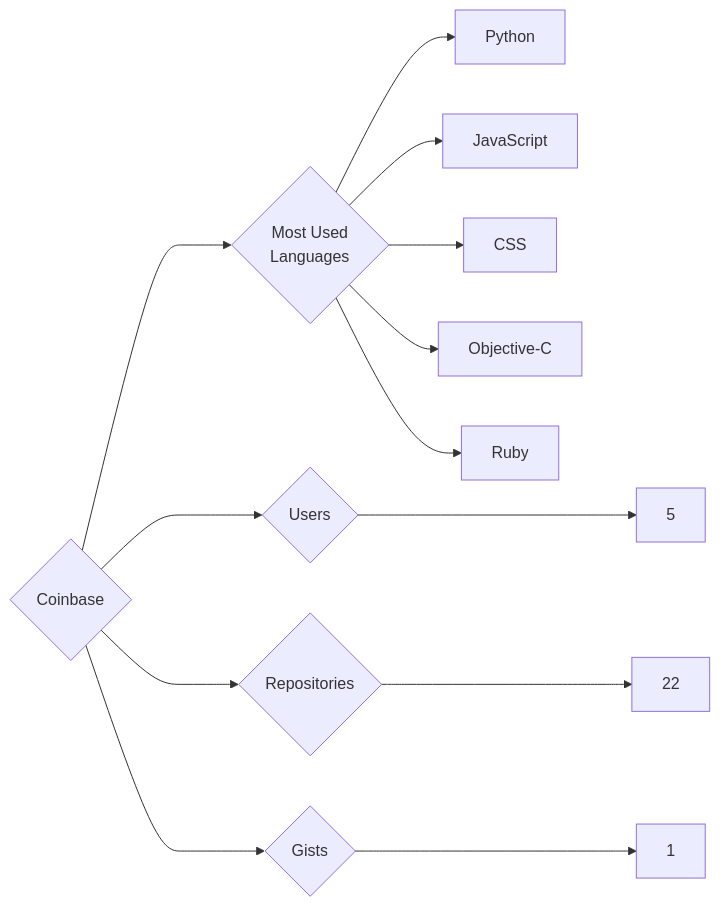
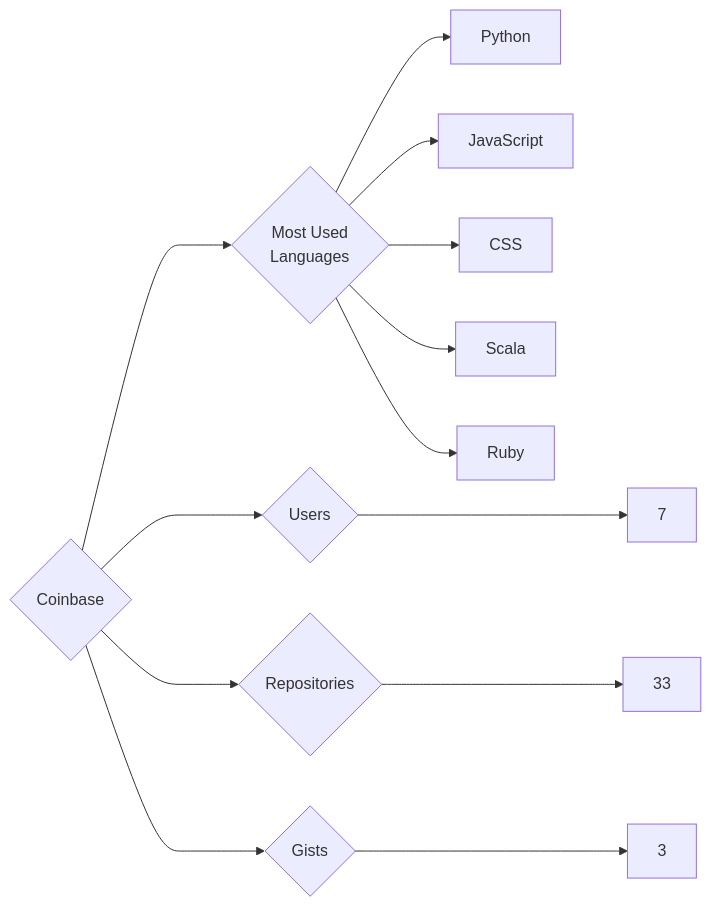
Before and after one commit to trickest/insiders: the diagram in targets/Coinbase/README.md, drawn with Mermaid. The commit also changed 1084 other files, not shown here.

````diff
--- a/targets/Coinbase/README.md
+++ b/targets/Coinbase/README.md
@@ -3,13 +3,13 @@
 ```mermaid
 graph LR
 COMPANY_NAME{Coinbase}
-COMPANY_NAME ---> U{Users} ---> UN[5]
-COMPANY_NAME ---> R{Repositories} ---> RN[22]
-COMPANY_NAME ---> G{Gists} ---> GN[1]
+COMPANY_NAME ---> U{Users} ---> UN[7]
+COMPANY_NAME ---> R{Repositories} ---> RN[33]
+COMPANY_NAME ---> G{Gists} ---> GN[3]
 COMPANY_NAME ---> ML{Most Used<br>Languages}
 ML --> Python[Python]
 ML --> JavaScript[JavaScript]
 ML --> CSS[CSS]
-ML --> Objective-C[Objective-C]
+ML --> Scala[Scala]
 ML --> Ruby[Ruby]
 ```
````
